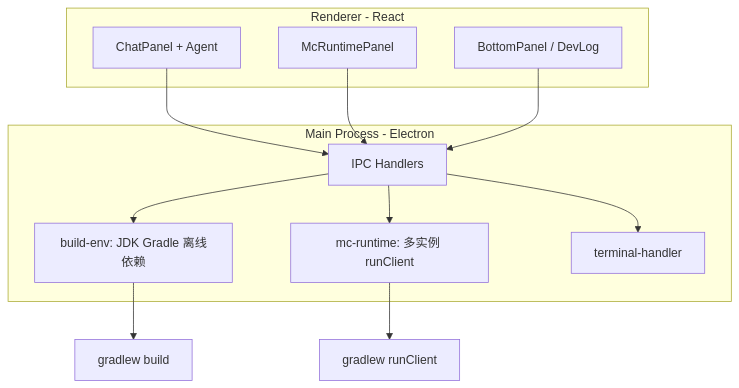
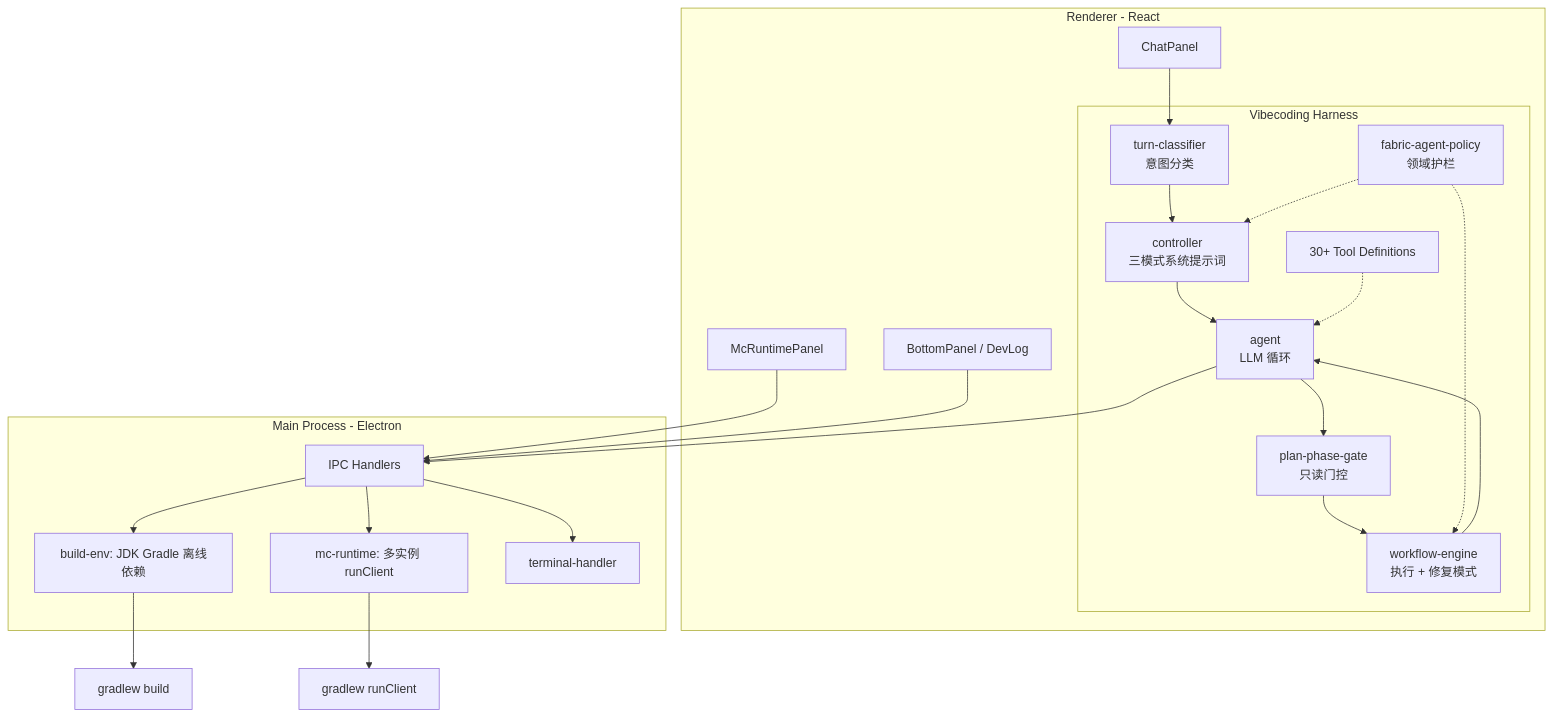
One commit to newstarbar/ModCrafting changed the diagram in README.md. Above: the diagram before and after it, drawn with Mermaid. The commit also changed other lines of this file and 3 other files, not shown here.

````diff
--- a/README.md
+++ b/README.md
@@ -123,22 +127,40 @@
 ```mermaid
 flowchart TB
   subgraph ui [Renderer - React]
-    Chat[ChatPanel + Agent]
+    Chat[ChatPanel]
+    subgraph harness [Vibecoding Harness]
+      Classifier[turn-classifier<br/>意图分类]
+      Controller[controller<br/>三模式系统提示词]
+      Agent[agent<br/>LLM 循环]
+      PlanGate[plan-phase-gate<br/>只读门控]
+      Workflow[workflow-engine<br/>执行 + 修复模式]
+      Policy[fabric-agent-policy<br/>领域护栏]
+      Tools[30+ Tool Definitions]
+    end
+    Chat --> Classifier
+    Classifier --> Controller
+    Controller --> Agent
+    Agent --> PlanGate
+    PlanGate --> Workflow
+    Workflow --> Agent
+    Policy -.-> Controller
+    Policy -.-> Workflow
+    Tools -.-> Agent
     Game[McRuntimePanel]
     Adv[BottomPanel / DevLog]
   end
   subgraph main [Main Process - Electron]
     IPC[IPC Handlers]
     BuildEnv[build-env: JDK Gradle 离线依赖]
     McRT[mc-runtime: 多实例 runClient]
     Term[terminal-handler]
   end
-  Chat --> IPC
+  Agent --> IPC
   Game --> IPC
   Adv --> IPC
   IPC --> BuildEnv
   IPC --> McRT
   IPC --> Term
   BuildEnv --> Gradle[gradlew build]
   McRT --> RunClient[gradlew runClient]
 ```
````
